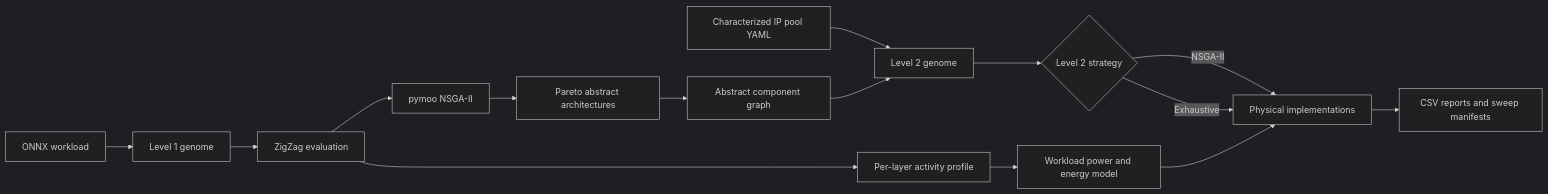
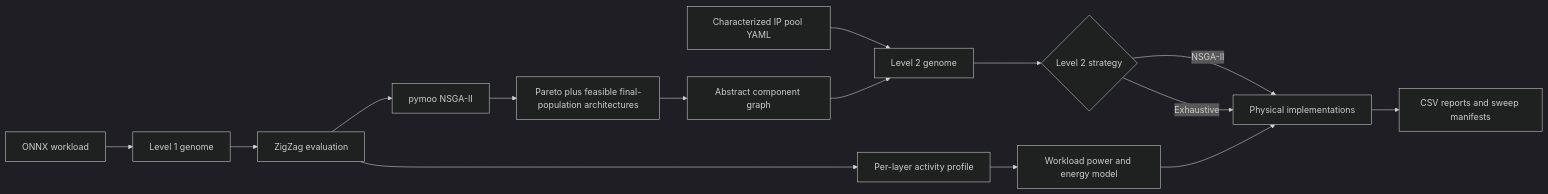
Before and after one commit to ThaChoppahIsLookinSharp/talos: the diagram in READMe.md, drawn with Mermaid (dark theme). The commit also changed other lines of this file and 3 other files, not shown here.

````diff
--- a/READMe.md
+++ b/READMe.md
@@ -25,17 +25,17 @@
 ```mermaid
 flowchart LR
     A[ONNX workload] --> B[Level 1 genome]
     B --> C[ZigZag evaluation]
     C --> D[pymoo NSGA-II]
-    D --> E[Pareto abstract architectures]
+    D --> E[Pareto plus feasible final-population architectures]
     E --> F[Abstract component graph]
     G[Characterized IP pool YAML] --> H[Level 2 genome]
     F --> H
     C --> I[Per-layer activity profile]
     I --> J[Workload power and energy model]
     H --> K{Level 2 strategy}
     K -->|NSGA-II| L[Physical implementations]
     K -->|Exhaustive| L
     J --> L
     L --> M[CSV reports and sweep manifests]
 ```
````
